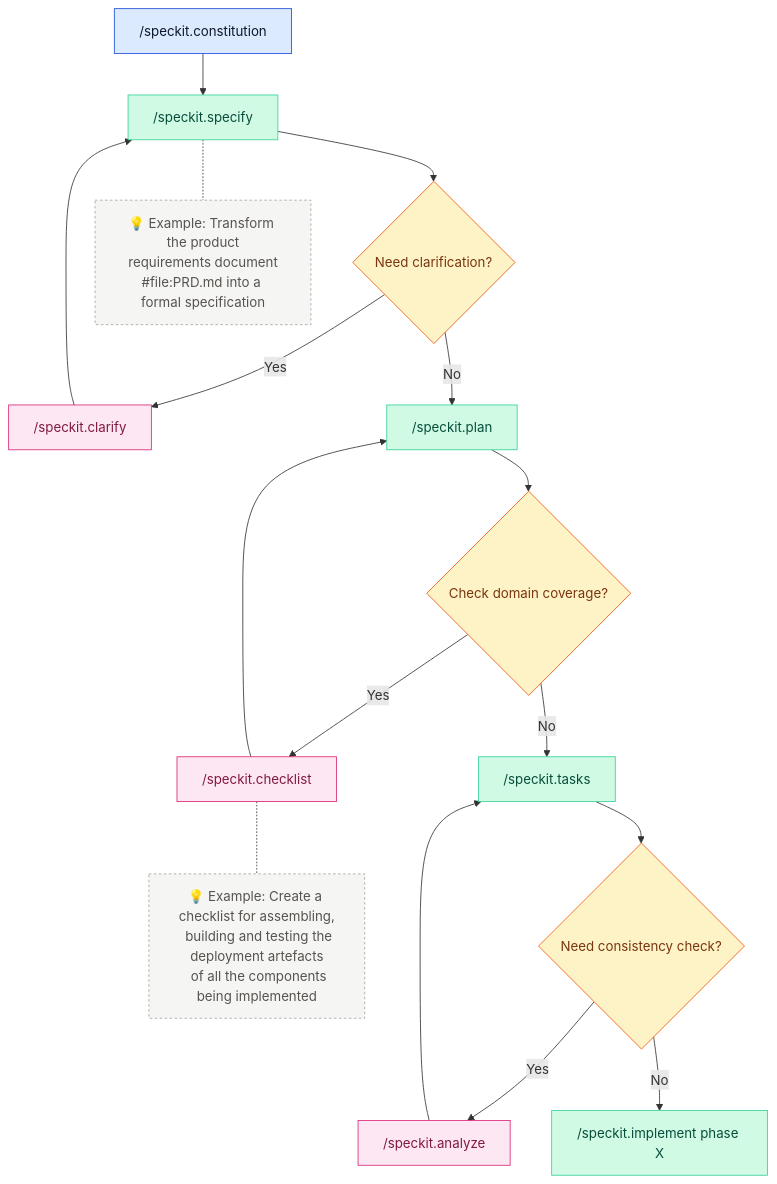
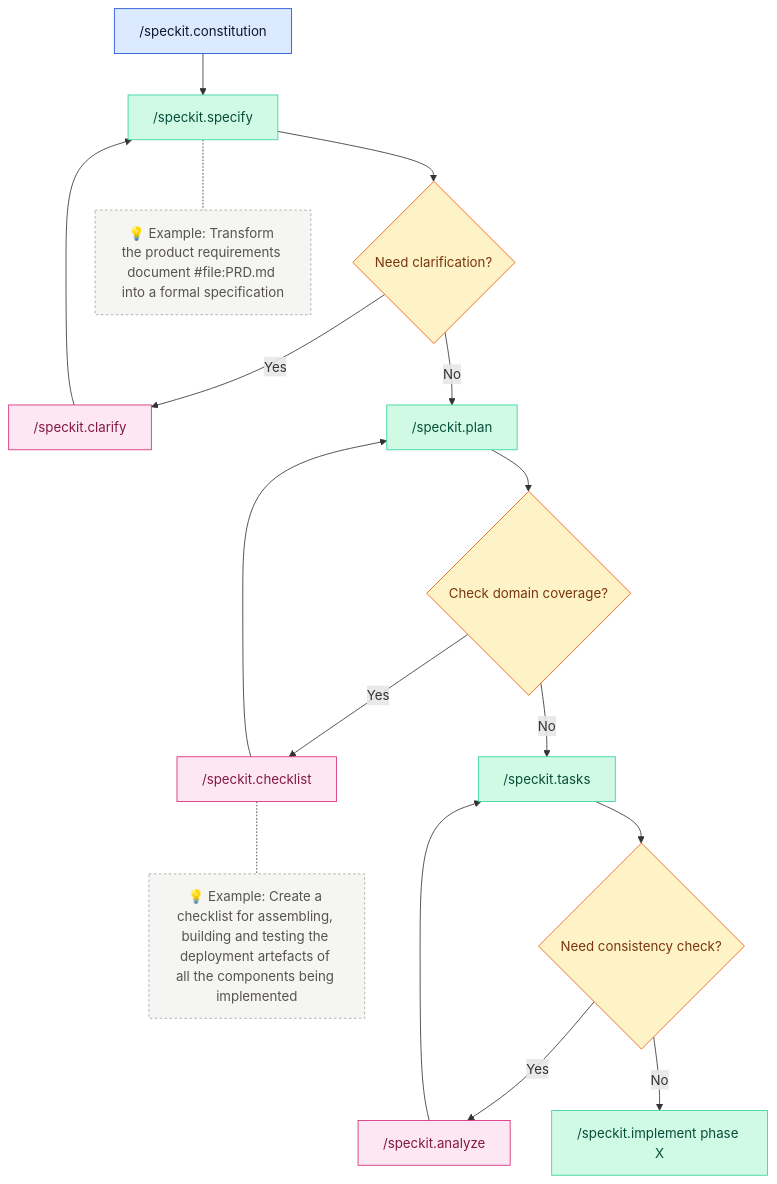
The diagram in README.md (stefaniuk/promptfiles), drawn with Mermaid before and after one commit.

Commit message:
fix(readme): improve formatting of workflow diagram examples for clarity

````diff
--- a/README.md
+++ b/README.md
@@ -89,36 +89,33 @@
 ```mermaid
 flowchart TD
   constitution["/speckit.constitution"] --> specify["/speckit.specify"]
 
   specify --> needClarification{Need clarification?}
-  specify -.- specifyNote["💡 Example: Transform the product
-  requirements document  #file:PRD.md into a formal specification"]
+  specify -.- specifyNote["💡 Example: Transform the product requirements document #file:PRD.md into a formal specification"]
   needClarification -- Yes --> clarify["/speckit.clarify"]
   clarify --> specify
   needClarification -- No --> plan["/speckit.plan"]
 
   plan --> domainCoverage{Check domain coverage?}
   domainCoverage -- Yes --> checklist["/speckit.checklist"]
   checklist --> plan
-  checklist -.- checklistNote["💡 Example: Create a checklist for assembling,
-  building and testing the deployment artefacts
-  of all the components being implemented"]
+  checklist -.- checklistNote["💡 Example: Create a checklist for assembling, building and testing the deployment artefacts of all the components being implemented"]
   domainCoverage -- No --> tasks["/speckit.tasks"]
 
   tasks --> consistency{Need consistency check?}
   consistency -- Yes --> analyze["/speckit.analyze"]
   analyze --> tasks
   consistency -- No --> implement["/speckit.implement phase X"]
 
   classDef source fill:#dbeafe,stroke:#1d4ed8,color:#0f172a,stroke-width:1px;
   classDef action fill:#d1fae5,stroke:#34d399,color:#064e3b,stroke-width:1px;
   classDef question fill:#fef3c7,stroke:#ea580c,color:#78350f,stroke-width:1px;
   classDef review fill:#fce7f3,stroke:#db2777,color:#831843,stroke-width:1px;
   classDef note fill:#f5f5f4,stroke:#a8a29e,color:#57534e,stroke-width:1px,stroke-dasharray:3;
 
   class constitution source;
   class specify,plan,tasks,implement action;
   class needClarification,domainCoverage,consistency question;
   class clarify,checklist,analyze review;
   class specifyNote,checklistNote note;
 ```
````
